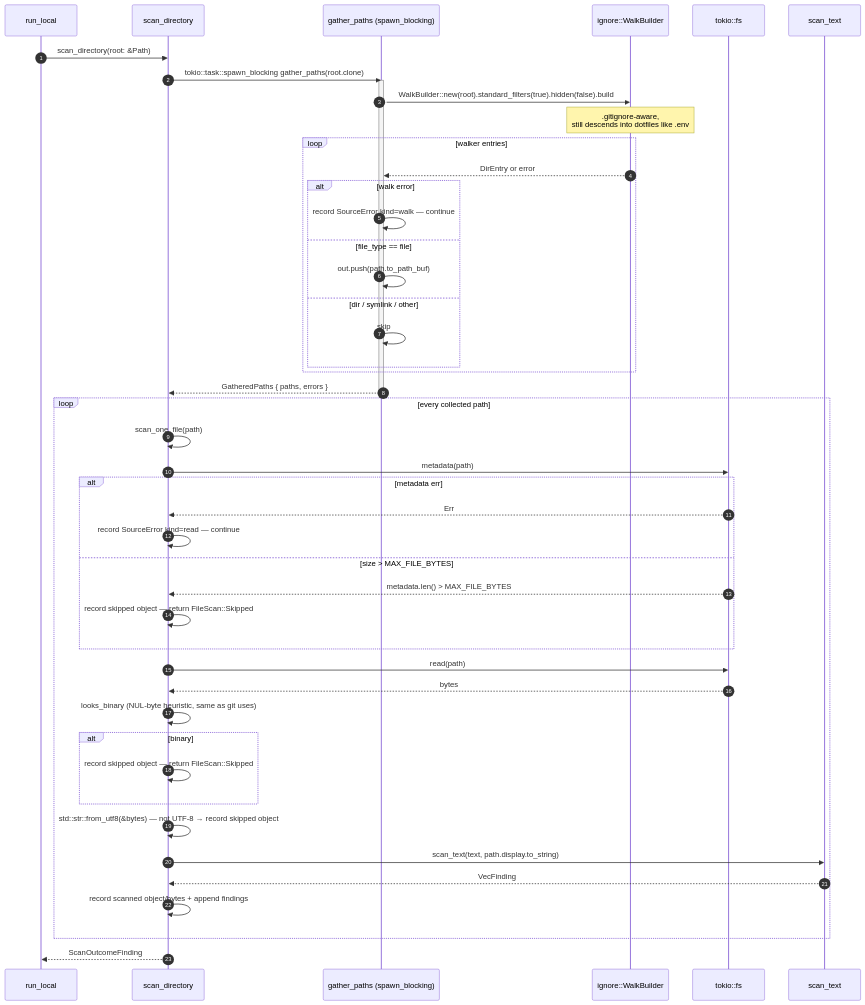
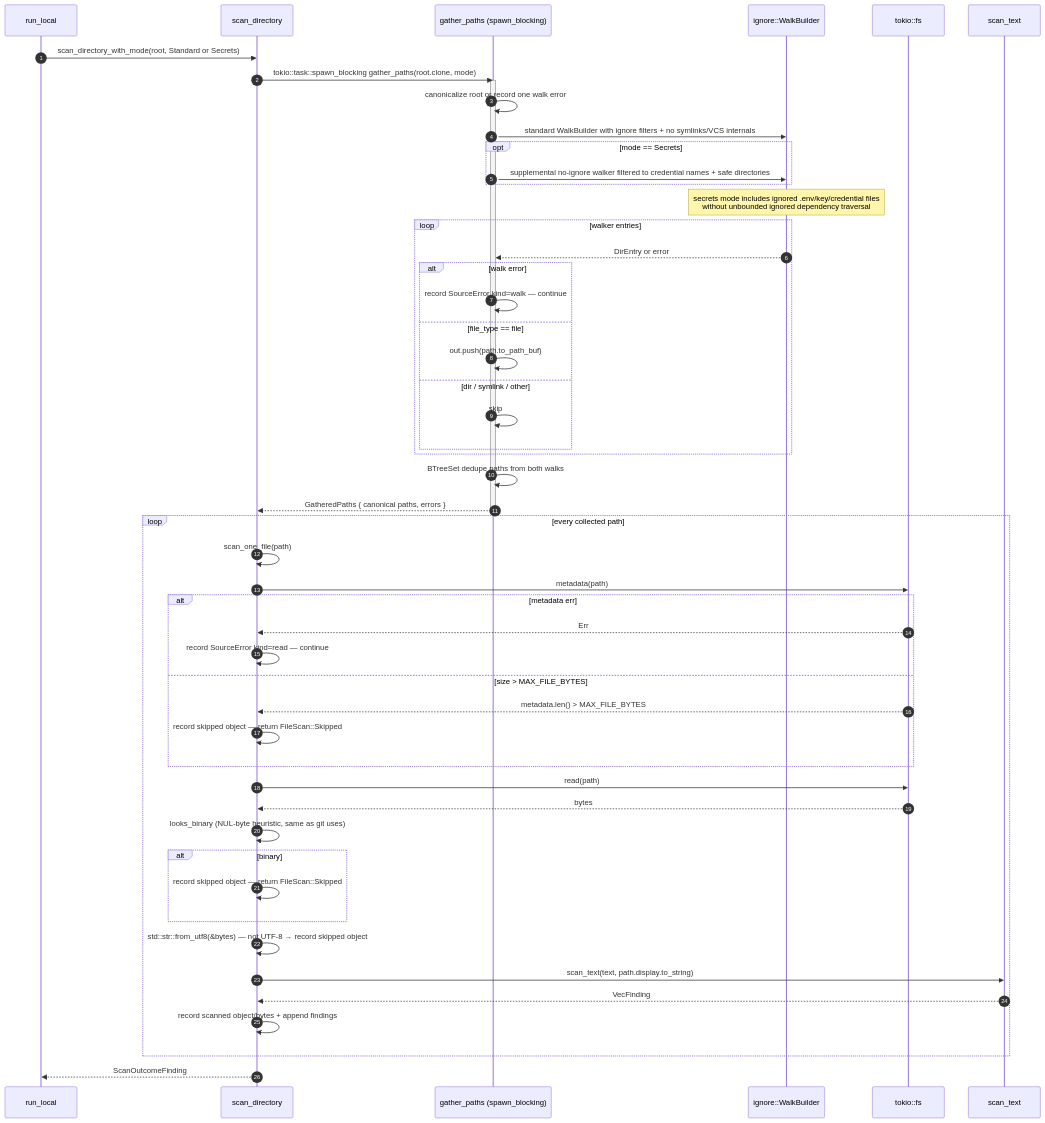
Before and after one commit to clavenar/clavenar-shadow-scanner: the second of 6 diagrams in docs/SEQUENCES.md, drawn with Mermaid. The commit also changed other lines of this file and 10 other files, not shown here.

Commit message:
detect truncated scans and include ignored secrets safely

````diff
--- a/docs/SEQUENCES.md
+++ b/docs/SEQUENCES.md
@@ -102,50 +105,55 @@
 ```mermaid
 sequenceDiagram
     autonumber
     participant Run as run_local
     participant Scan as scan_directory
     participant Gather as gather_paths (spawn_blocking)
     participant Ignore as ignore::WalkBuilder
     participant Tokio as tokio::fs
     participant Det as scan_text
 
-    Run->>Scan: scan_directory(root: &Path)
-    Scan->>Gather: tokio::task::spawn_blocking gather_paths(root.clone)
+    Run->>Scan: scan_directory_with_mode(root, Standard or Secrets)
+    Scan->>Gather: tokio::task::spawn_blocking gather_paths(root.clone, mode)
     activate Gather
-    Gather->>Ignore: WalkBuilder::new(root).standard_filters(true).hidden(false).build
-    Note over Ignore: .gitignore-aware,<br/>still descends into dotfiles like .env
+    Gather->>Gather: canonicalize root or record one walk error
+    Gather->>Ignore: standard WalkBuilder with ignore filters + no symlinks/VCS internals
+    opt mode == Secrets
+        Gather->>Ignore: supplemental no-ignore walker filtered to credential names + safe directories
+    end
+    Note over Ignore: secrets mode includes ignored .env/key/credential files<br/>without unbounded ignored dependency traversal
     loop walker entries
         Ignore-->>Gather: DirEntry or error
         alt walk error
             Gather->>Gather: record SourceError kind=walk — continue
         else file_type == file
             Gather->>Gather: out.push(path.to_path_buf)
         else dir / symlink / other
             Gather->>Gather: skip
         end
     end
-    Gather-->>Scan: GatheredPaths { paths, errors }
+    Gather->>Gather: BTreeSet dedupe paths from both walks
+    Gather-->>Scan: GatheredPaths { canonical paths, errors }
     deactivate Gather
     loop every collected path
         Scan->>Scan: scan_one_file(path)
         Scan->>Tokio: metadata(path)
         alt metadata err
             Tokio-->>Scan: Err
             Scan->>Scan: record SourceError kind=read — continue
         else size > MAX_FILE_BYTES
             Tokio-->>Scan: metadata.len() > MAX_FILE_BYTES
             Scan->>Scan: record skipped object — return FileScan::Skipped
         end
         Scan->>Tokio: read(path)
         Tokio-->>Scan: bytes
         Scan->>Scan: looks_binary (NUL-byte heuristic, same as git uses)
         alt binary
             Scan->>Scan: record skipped object — return FileScan::Skipped
         end
         Scan->>Scan: std::str::from_utf8(&bytes) — not UTF-8 → record skipped object
         Scan->>Det: scan_text(text, path.display.to_string)
         Det-->>Scan: VecFinding
         Scan->>Scan: record scanned object/bytes + append findings
     end
     Scan-->>Run: ScanOutcomeFinding
 ```
````
